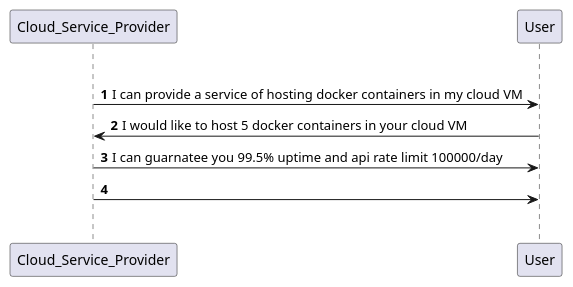
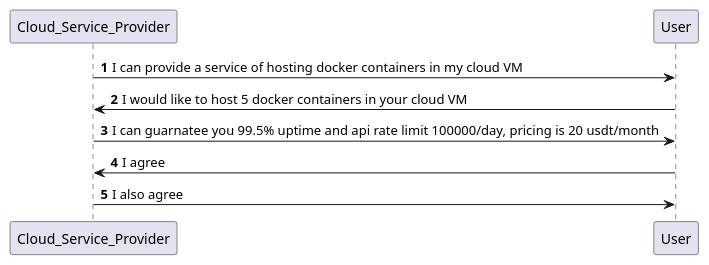
The diagram in phase1/uml/negotiation.pu (twliu-dorian/deCloud), drawn with PlantUML before and after one commit. The commit also changed 2 other files, not shown here.

Commit message:
docs: uml->mermaid js

```diff
--- a/phase1/uml/negotiation.pu
+++ b/phase1/uml/negotiation.pu
@@ -1,17 +1,14 @@
 @startuml negotiating
 
 autonumber
 
 participant Cloud_Service_Provider as CSP
 participant User as USR
 
-group service level agreement
-
 CSP -> USR: I can provide a service of hosting docker containers in my cloud VM
 USR -> CSP: I would like to host 5 docker containers in your cloud VM 
-CSP -> USR: I can guarnatee you 99.5% uptime and api rate limit 100000/day
-CSP -> USR: 
-
-group penalty agreement
+CSP -> USR: I can guarnatee you 99.5% uptime and api rate limit 100000/day, pricing is 20 usdt/month
+USR -> CSP: I agree
+CSP -> USR: I also agree
 
 @enduml
```
